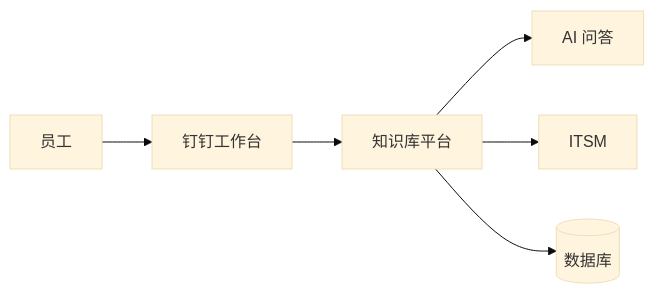
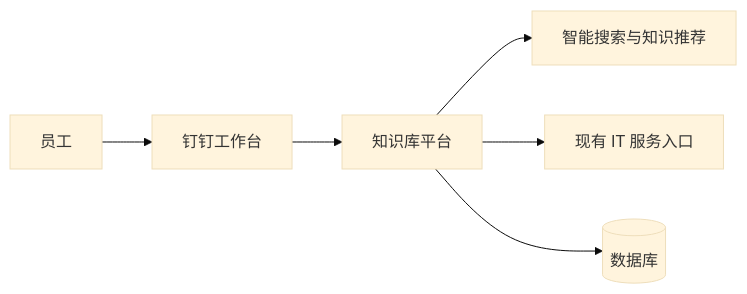
Before and after one commit to w8435267c/AI-OpsAI-IT: the diagram in README.md, drawn with Mermaid (base theme). The commit also changed other lines of this file and 2 other files, not shown here.

````diff
--- a/README.md
+++ b/README.md
@@ -16,8 +16,8 @@
 ```mermaid
 graph LR
     Employee[员工] --> DingTalk[钉钉工作台]
     DingTalk --> Platform[知识库平台]
-    Platform --> AI[AI 问答]
-    Platform --> ITSM[ITSM]
+    Platform --> Search[智能搜索与知识推荐]
+    Platform --> Service[现有 IT 服务入口]
     Platform --> DB[(数据库)]
 ```
````
